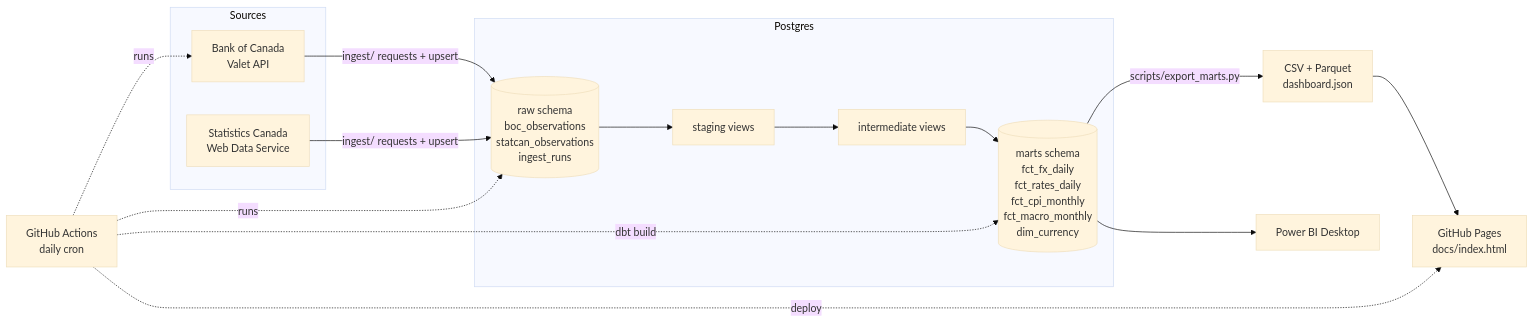
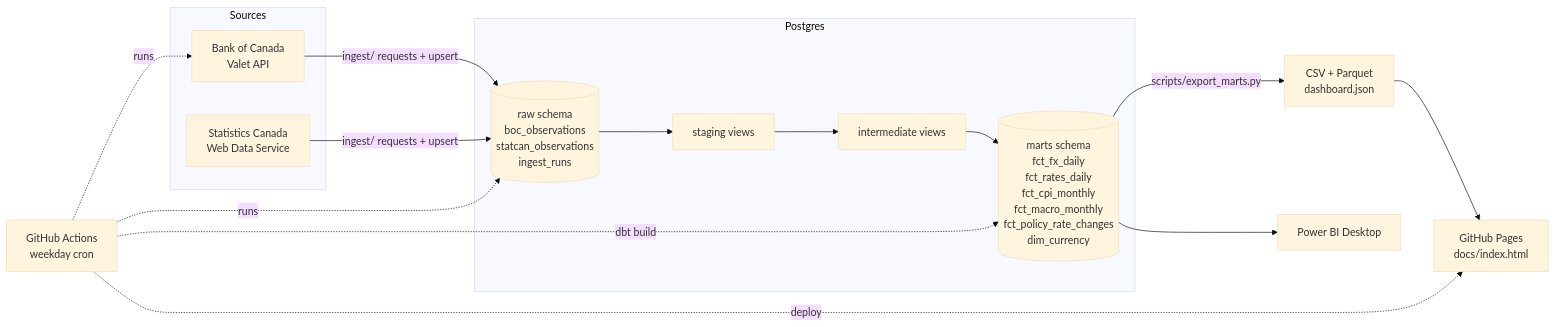
Before and after one commit to Mayank-thite/canada-econ-pipeline: the diagram in README.md, drawn with Mermaid (base theme). The commit also changed other lines of this file and 10 other files, not shown here.

````diff
--- a/README.md
+++ b/README.md
@@ -33,23 +59,23 @@
 ```mermaid
 flowchart LR
     subgraph Sources
         BOC[Bank of Canada<br/>Valet API]
         SC[Statistics Canada<br/>Web Data Service]
     end
     subgraph Postgres
         RAW[(raw schema<br/>boc_observations<br/>statcan_observations<br/>ingest_runs)]
         STG[staging views]
         INT[intermediate views]
-        MARTS[(marts schema<br/>fct_fx_daily<br/>fct_rates_daily<br/>fct_cpi_monthly<br/>fct_macro_monthly<br/>dim_currency)]
+        MARTS[(marts schema<br/>fct_fx_daily<br/>fct_rates_daily<br/>fct_cpi_monthly<br/>fct_macro_monthly<br/>fct_policy_rate_changes<br/>dim_currency)]
     end
     BOC -->|ingest/ requests + upsert| RAW
     SC -->|ingest/ requests + upsert| RAW
     RAW --> STG --> INT --> MARTS
     MARTS -->|scripts/export_marts.py| FILES[CSV + Parquet<br/>dashboard.json]
     FILES --> PAGES[GitHub Pages<br/>docs/index.html]
     MARTS --> PBI[Power BI Desktop]
-    GHA[GitHub Actions<br/>daily cron] -.runs.-> BOC
+    GHA[GitHub Actions<br/>weekday cron] -.runs.-> BOC
     GHA -.runs.-> RAW
     GHA -.dbt build.-> MARTS
     GHA -.deploy.-> PAGES
 ```
````
